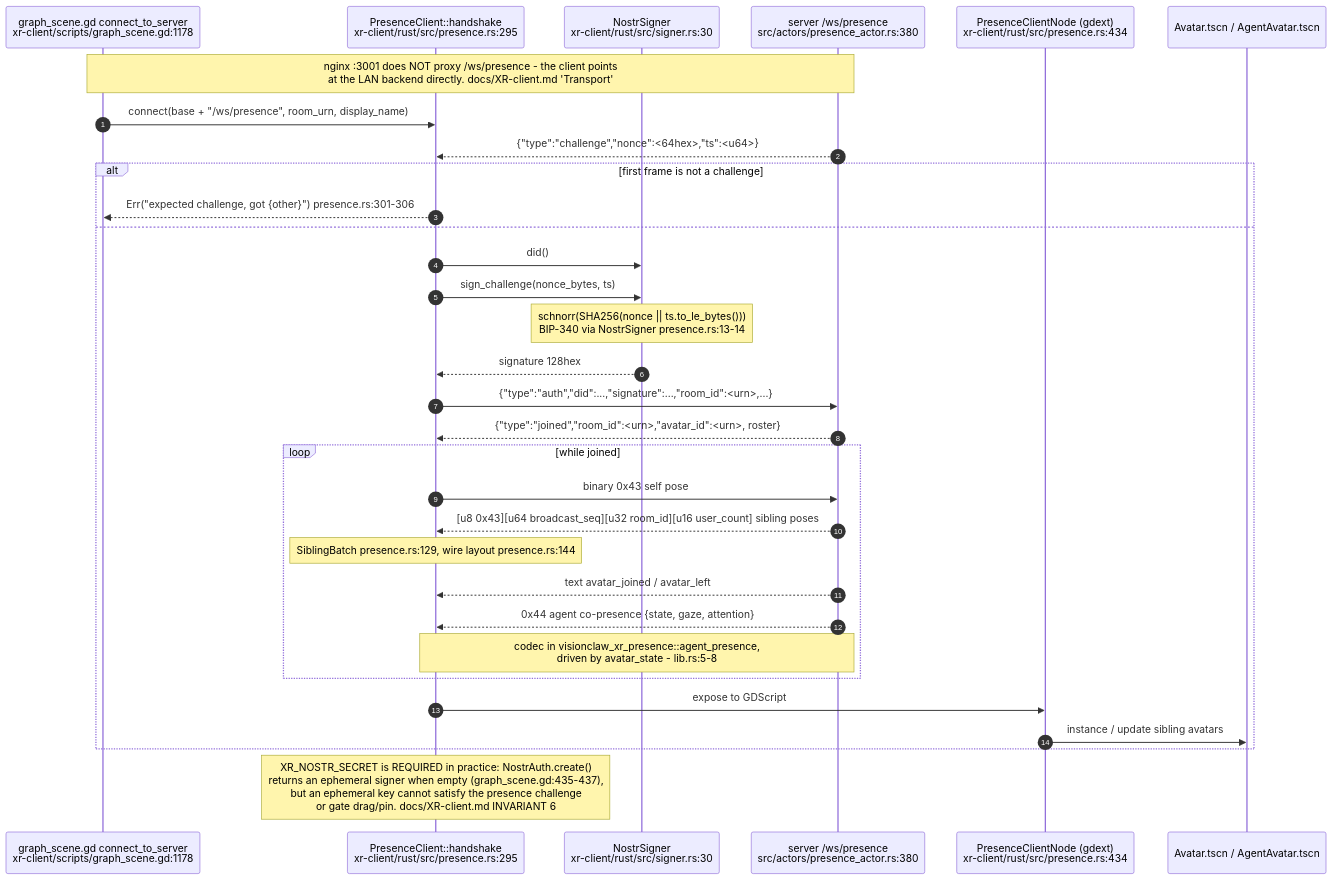
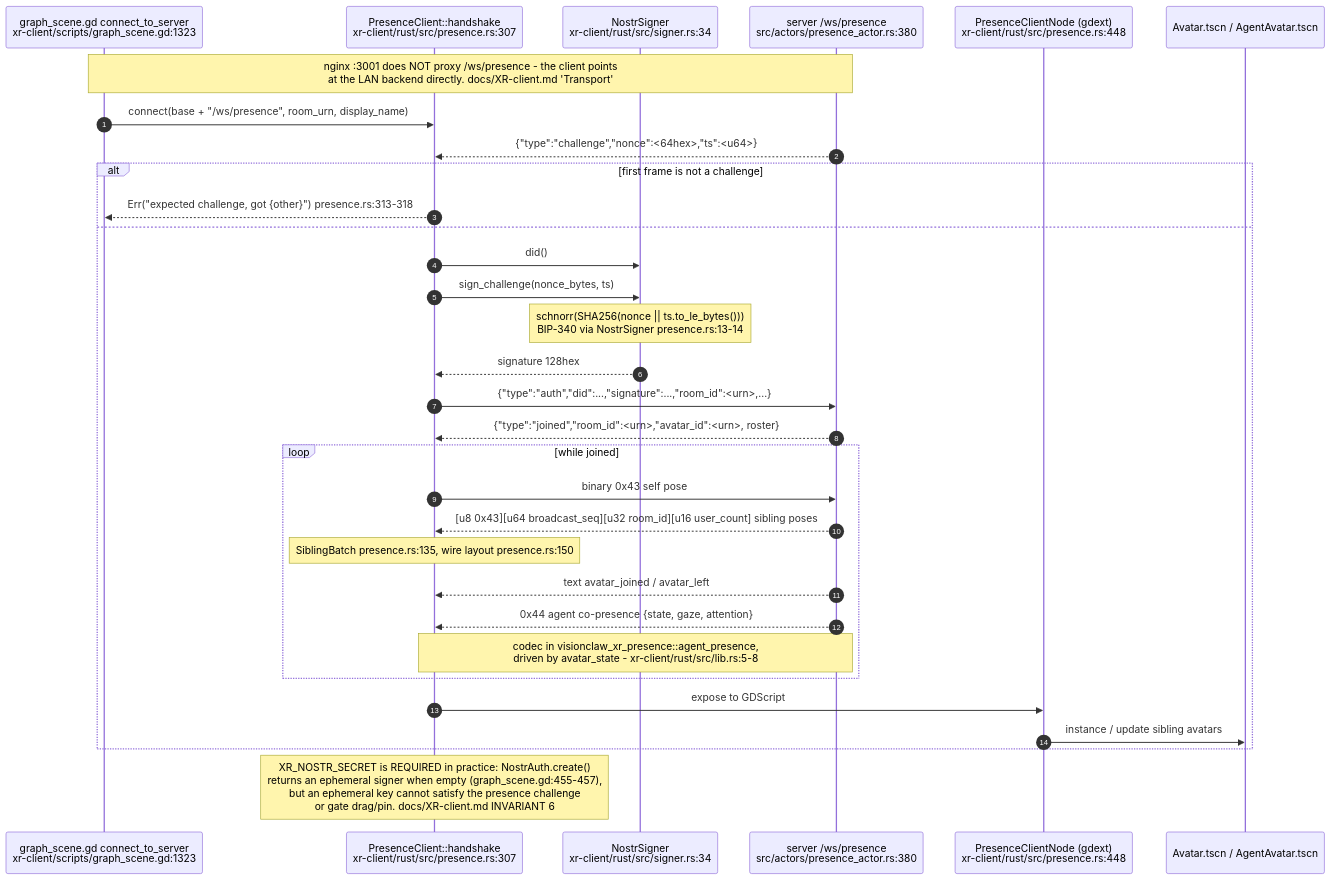
Before and after one commit to DreamLab-AI/VisionFlow: the tenth of 26 diagrams in docs/diagrams/visionclaw/36-godot-xr-client.md, drawn with Mermaid. The commit also changed other lines of this file and 26 other files, not shown here.

First line of the commit message:
docs(diagrams): re-verify solid-pod-rs, nostr-rust-forum and visionclaw 22/36 against HEAD

````diff
--- a/docs/diagrams/visionclaw/36-godot-xr-client.md
+++ b/docs/diagrams/visionclaw/36-godot-xr-client.md
@@ -457,35 +486,35 @@
 ```mermaid
 sequenceDiagram
     autonumber
-    participant GS as graph_scene.gd connect_to_server<br/>xr-client/scripts/graph_scene.gd:1178
-    participant PC as PresenceClient::handshake<br/>xr-client/rust/src/presence.rs:295
-    participant SG as NostrSigner<br/>xr-client/rust/src/signer.rs:30
+    participant GS as graph_scene.gd connect_to_server<br/>xr-client/scripts/graph_scene.gd:1323
+    participant PC as PresenceClient::handshake<br/>xr-client/rust/src/presence.rs:307
+    participant SG as NostrSigner<br/>xr-client/rust/src/signer.rs:34
     participant SV as server /ws/presence<br/>src/actors/presence_actor.rs:380
-    participant PN as PresenceClientNode (gdext)<br/>xr-client/rust/src/presence.rs:434
+    participant PN as PresenceClientNode (gdext)<br/>xr-client/rust/src/presence.rs:448
     participant AV as Avatar.tscn / AgentAvatar.tscn
 
     Note over GS,SV: nginx :3001 does NOT proxy /ws/presence - the client points<br/>at the LAN backend directly. docs/XR-client.md 'Transport'
     GS->>PC: connect(base + "/ws/presence", room_urn, display_name)
     SV-->>PC: {"type":"challenge","nonce":<64hex>,"ts":<u64>}
     alt first frame is not a challenge
-        PC-->>GS: Err("expected challenge, got {other}") presence.rs:301-306
+        PC-->>GS: Err("expected challenge, got {other}") presence.rs:313-318
     else
         PC->>SG: did()
         PC->>SG: sign_challenge(nonce_bytes, ts)
         Note over SG: schnorr(SHA256(nonce || ts.to_le_bytes()))<br/>BIP-340 via NostrSigner presence.rs:13-14
         SG-->>PC: signature 128hex
         PC->>SV: {"type":"auth","did":...,"signature":...,"room_id":<urn>,...}
         SV-->>PC: {"type":"joined","room_id":<urn>,"avatar_id":<urn>, roster}
         loop while joined
             PC->>SV: binary 0x43 self pose
             SV-->>PC: [u8 0x43][u64 broadcast_seq][u32 room_id][u16 user_count] sibling poses
-            Note over PC: SiblingBatch presence.rs:129, wire layout presence.rs:144
+            Note over PC: SiblingBatch presence.rs:135, wire layout presence.rs:150
             SV-->>PC: text avatar_joined / avatar_left
             SV-->>PC: 0x44 agent co-presence {state, gaze, attention}
-            Note over SV,PC: codec in visionclaw_xr_presence::agent_presence,<br/>driven by avatar_state - lib.rs:5-8
+            Note over SV,PC: codec in visionclaw_xr_presence::agent_presence,<br/>driven by avatar_state - xr-client/rust/src/lib.rs:5-8
         end
         PC->>PN: expose to GDScript
         PN->>AV: instance / update sibling avatars
     end
-    Note over PC: XR_NOSTR_SECRET is REQUIRED in practice: NostrAuth.create()<br/>returns an ephemeral signer when empty (graph_scene.gd:435-437),<br/>but an ephemeral key cannot satisfy the presence challenge<br/>or gate drag/pin. docs/XR-client.md INVARIANT 6
+    Note over PC: XR_NOSTR_SECRET is REQUIRED in practice: NostrAuth.create()<br/>returns an ephemeral signer when empty (graph_scene.gd:455-457),<br/>but an ephemeral key cannot satisfy the presence challenge<br/>or gate drag/pin. docs/XR-client.md INVARIANT 6
 ```
````
